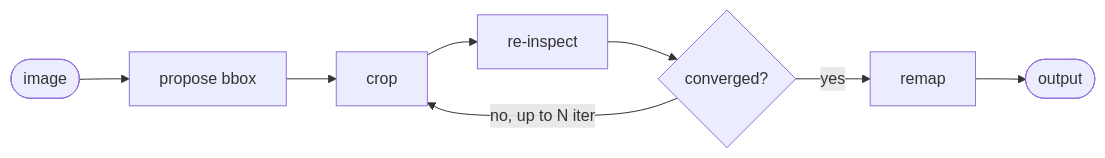
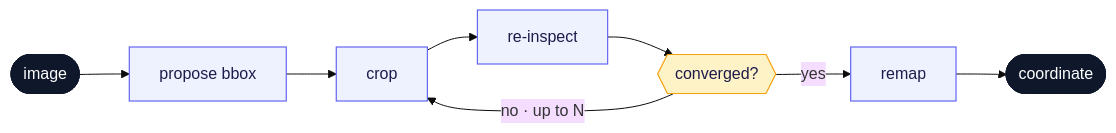
One commit to xhae123/argos-eye changed the diagram in README.md. Above: the diagram before and after it, drawn with Mermaid.

Commit message:
docs: modernize the mermaid diagram
Plain mermaid renders with mermaid's default palette, which looks
generic in a README. Push it toward a cleaner, product-page aesthetic:

- Switch to a system-font stack via themeVariables so the labels pick
  up the user's OS font instead of the mermaid default.
- Style three node classes with distinct roles — dark slate terminals
  for `image`/`coordinate`, soft indigo for pipeline steps, warm
  amber for the decision node — using classDef so the palette lives
  next to the diagram.
- Swap the decision node from rhombus to hexagon for visual variety.
- Rename the output node `coordinate` so the diagram reads as the
  project's one-line claim: image → … → coordinate.

````diff
--- a/README.md
+++ b/README.md
@@ -89,10 +89,19 @@
 ```mermaid
+%%{init: {'theme':'base', 'themeVariables': {'fontFamily':'ui-sans-serif, system-ui, -apple-system, sans-serif'}}}%%
 flowchart LR
     image([image]) --> propose[propose bbox]
     propose --> crop[crop]
     crop --> reinspect[re-inspect]
-    reinspect --> conv{converged?}
-    conv -- "no, up to N iter" --> crop
+    reinspect --> conv{{converged?}}
+    conv -- "no · up to N" --> crop
     conv -- "yes" --> remap[remap]
-    remap --> output([output])
+    remap --> output([coordinate])
+
+    classDef io     fill:#0f172a,stroke:#0f172a,color:#ffffff
+    classDef step   fill:#eef2ff,stroke:#6366f1,color:#1e1b4b,stroke-width:1.2px
+    classDef decide fill:#fef3c7,stroke:#f59e0b,color:#1e1b4b,stroke-width:1.2px
+
+    class image,output io
+    class propose,crop,reinspect,remap step
+    class conv decide
 ```
````
